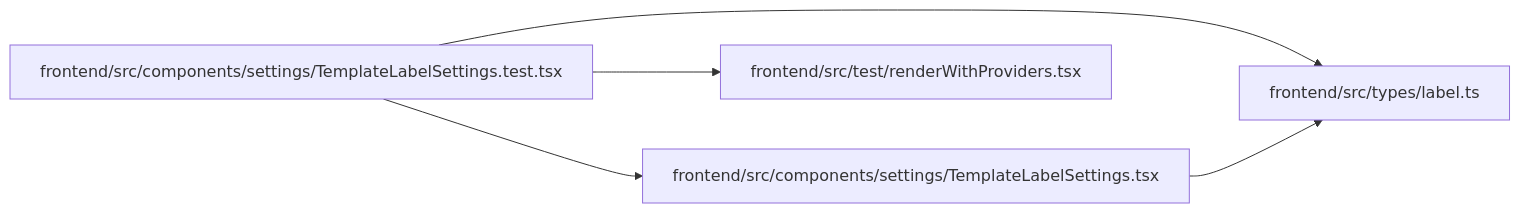
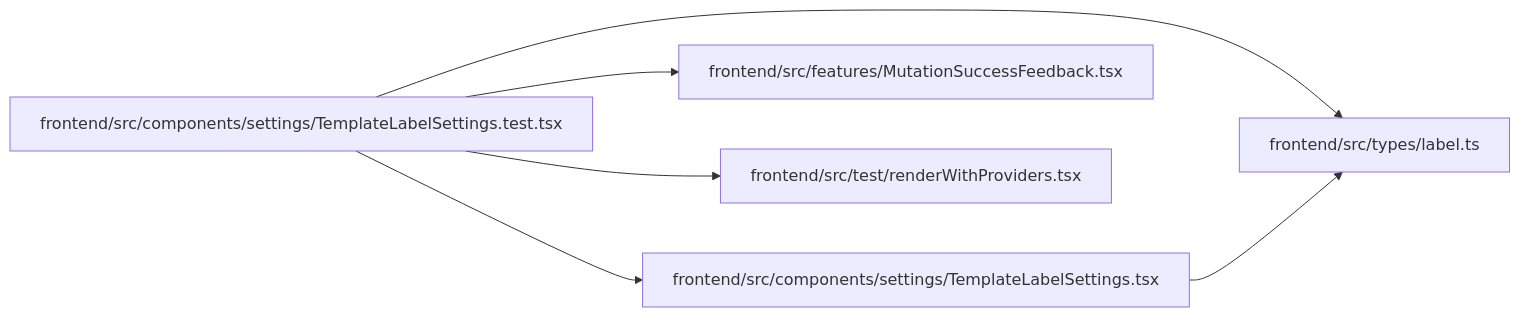
The diagram in docs/llm_wiki/modules/TemplateLabelSettings.test.md (Denissvgn/WorkChord), drawn with Mermaid before and after one commit. The commit also changed other lines of this file and 382 other files, not shown here.

````diff
--- a/docs/llm_wiki/modules/TemplateLabelSettings.test.md
+++ b/docs/llm_wiki/modules/TemplateLabelSettings.test.md
@@ -31,15 +32,18 @@
 ```mermaid
 flowchart LR
     n0["frontend/src/components/settings/TemplateLabelSettings.test.tsx"]
     n1["frontend/src/components/settings/TemplateLabelSettings.tsx"]
-    n2["frontend/src/test/renderWithProviders.tsx"]
-    n3["frontend/src/types/label.ts"]
+    n2["frontend/src/features/MutationSuccessFeedback.tsx"]
+    n3["frontend/src/test/renderWithProviders.tsx"]
+    n4["frontend/src/types/label.ts"]
     n0 --> n1
     n0 --> n2
     n0 --> n3
-    n1 --> n3
+    n0 --> n4
+    n1 --> n4
     click n0 "../modules/TemplateLabelSettings.test.md"
     click n1 "../modules/TemplateLabelSettings.md"
-    click n2 "../modules/renderWithProviders.md"
-    click n3 "../modules/types_label.md"
+    click n2 "../modules/MutationSuccessFeedback.md"
+    click n3 "../modules/renderWithProviders.md"
+    click n4 "../modules/types_label.md"
 ```
````
